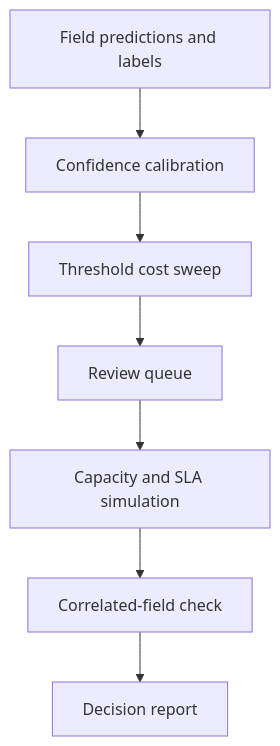
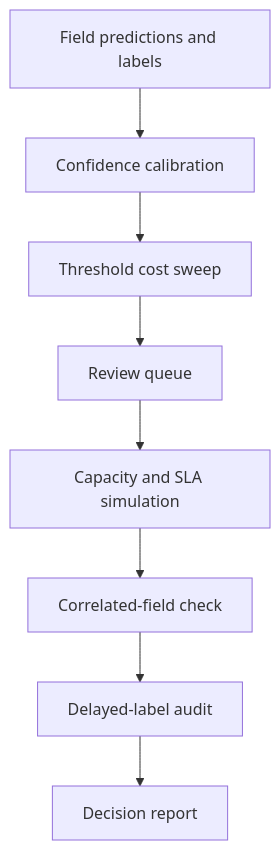
One commit to MadanMohan0537/confidence-routing-review-queue changed the diagram in README.md. Above: the diagram before and after it, drawn with Mermaid. The commit also changed other lines of this file and 9 other files, not shown here.

Commit message:
Add delayed-label threshold regret audit

````diff
--- a/README.md
+++ b/README.md
@@ -46,9 +47,10 @@
 ```mermaid
 flowchart TD
     A[Field predictions and labels] --> B[Confidence calibration]
     B --> C[Threshold cost sweep]
     C --> D[Review queue]
     D --> E[Capacity and SLA simulation]
     E --> F[Correlated-field check]
-    F --> G[Decision report]
+    F --> G[Delayed-label audit]
+    G --> H[Decision report]
 ```
````
